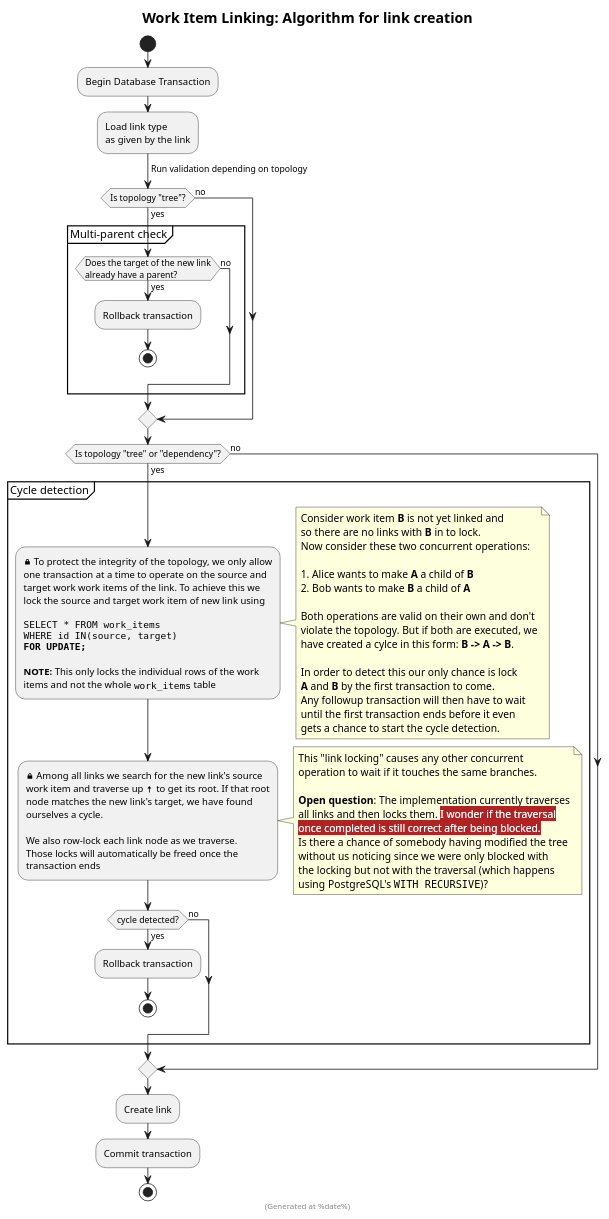
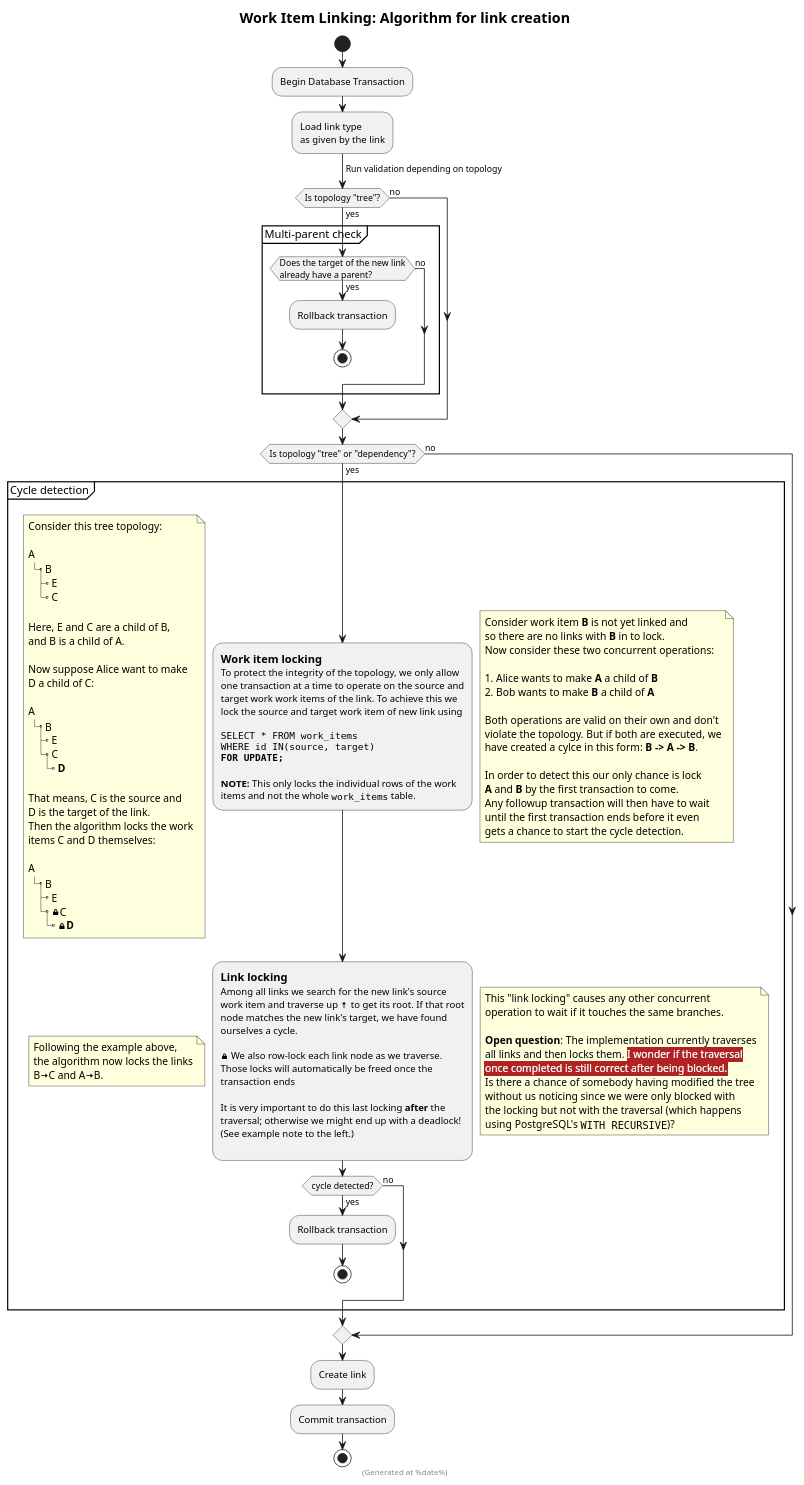
Before and after one commit to fabric8-services/fabric8-wit: the diagram in workitem/link/link_creation.puml, drawn with PlantUML. The commit also changed 1 other file, not shown here.

Commit message:
Document link creation algorithm more

```diff
--- a/workitem/link/link_creation.puml
+++ b/workitem/link/link_creation.puml
@@ -1,106 +1,149 @@
 @startuml
 
 ' This is a PlantUML activity diagram.
 ' To generate a PNG diagram from this file follow these steps:
 ' $ wget -o plantuml.jar http://sourceforge.net/projects/plantuml/files/plantuml.jar/download
 ' $ java -jar plantuml.jar -verbose link_creation.puml
 
 skinparam titleBorderRoundCorner 15
 skinparam titleBorderThickness 2
 skinparam monochrome false
 
 title 
     = Work Item Linking: Algorithm for link creation
 end title
 
 footer
 (Generated at %date%)
 end footer
 
 start
 :Begin Database Transaction;
 :Load link type
 as given by the link;
 ->Run validation depending on topology;
 
 
 if (Is topology "tree"?) then (yes)
     partition "Multi-parent check" {        
         if (Does the target of the new link\nalready have a parent?) then (yes)
             :Rollback transaction;
             stop
         else (no)
         endif    
     }
 else (no)
 endif
 
 
 if (Is topology "tree" or "dependency"?) then (yes)
     partition "Cycle detection" {
-        :<&lock-locked> To protect the integrity of the topology, we only allow
+        :== Work item locking
+        To protect the integrity of the topology, we only allow
         one transaction at a time to operate on the source and
         target work work items of the link. To achieve this we
         lock the source and target work item of new link using
 
         ""SELECT * FROM work_items""
         ""WHERE id IN(source, target)""
         **""FOR UPDATE;""**
 
         **NOTE:** This only locks the individual rows of the work
-        items and not the whole ""work_items"" table;
+        items and not the whole ""work_items"" table.;
         note right
             Consider work item **B** is not yet linked and
             so there are no links with **B** in to lock.
             Now consider these two concurrent operations:
 
             # Alice wants to make **A** a child of **B**
             # Bob wants to make **B** a child of **A**
 
             Both operations are valid on their own and don't
             violate the topology. But if both are executed, we
             have created a cylce in this form: **B -> A -> B**.
 
             In order to detect this our only chance is lock
             **A** and **B** by the first transaction to come.
             Any followup transaction will then have to wait
             until the first transaction ends before it even
             gets a chance to start the cycle detection.
         end note
-        
-        :<&lock-locked> Among all links we search for the new link's source
+        note left
+            Consider this tree topology:
+
+            A
+            |_ B
+              |_ E
+              |_ C
+
+            Here, E and C are a child of B,
+            and B is a child of A.
+            
+            Now suppose Alice want to make
+            D a child of C:
+
+            A
+            |_ B
+              |_ E
+              |_ C
+                |_ **D**
+            
+            That means, C is the source and
+            D is the target of the link.
+            Then the algorithm locks the work
+            items C and D themselves:
+
+            A
+            |_ B
+              |_ E
+              |_ <&lock-locked>C
+                |_ <&lock-locked>**D**
+        end note
+
+        :== Link locking
+        Among all links we search for the new link's source
         work item and traverse up <&arrow-top> to get its root. If that root
         node matches the new link's target, we have found
         ourselves a cycle.
 
-        We also row-lock each link node as we traverse.
+        <&lock-locked> We also row-lock each link node as we traverse.
         Those locks will automatically be freed once the
-        transaction ends;
+        transaction ends
+
+        It is very important to do this last locking **after** the
+        traversal; otherwise we might end up with a deadlock!
+        (See example note to the left.)
+        ;
         note right
             This "link locking" causes any other concurrent
             operation to wait if it touches the same branches.
 
             **Open question**: The implementation currently traverses
             all links and then locks them. <back:FireBrick><color:white>I wonder if the traversal
             <back:FireBrick><color:white>once completed is still correct after being blocked.
             Is there a chance of somebody having modified the tree
             without us noticing since we were only blocked with
             the locking but not with the traversal (which happens
             using PostgreSQL's ""WITH RECURSIVE"")?
+        end note
+        note left
+            Following the example above,
+            the algorithm now locks the links
+            B<&arrow-right>C and A<&arrow-right>B.
         end note
 
         if (cycle detected?) then (yes)
             :Rollback transaction;
             stop
         else (no)
         endif
     }
 else (no)    
 endif
 
 :Create link;
 :Commit transaction;
 
 stop
 
 @enduml
```
